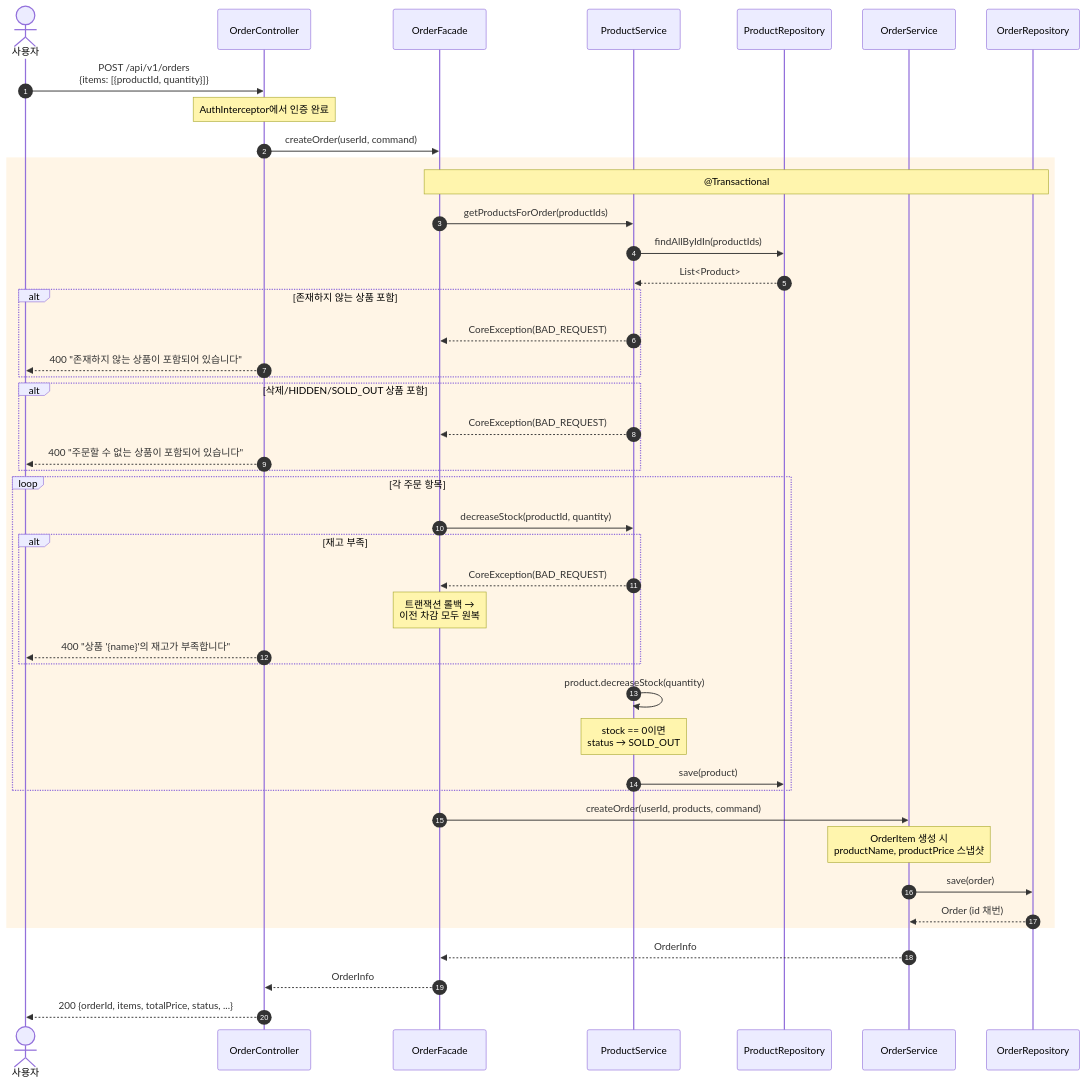
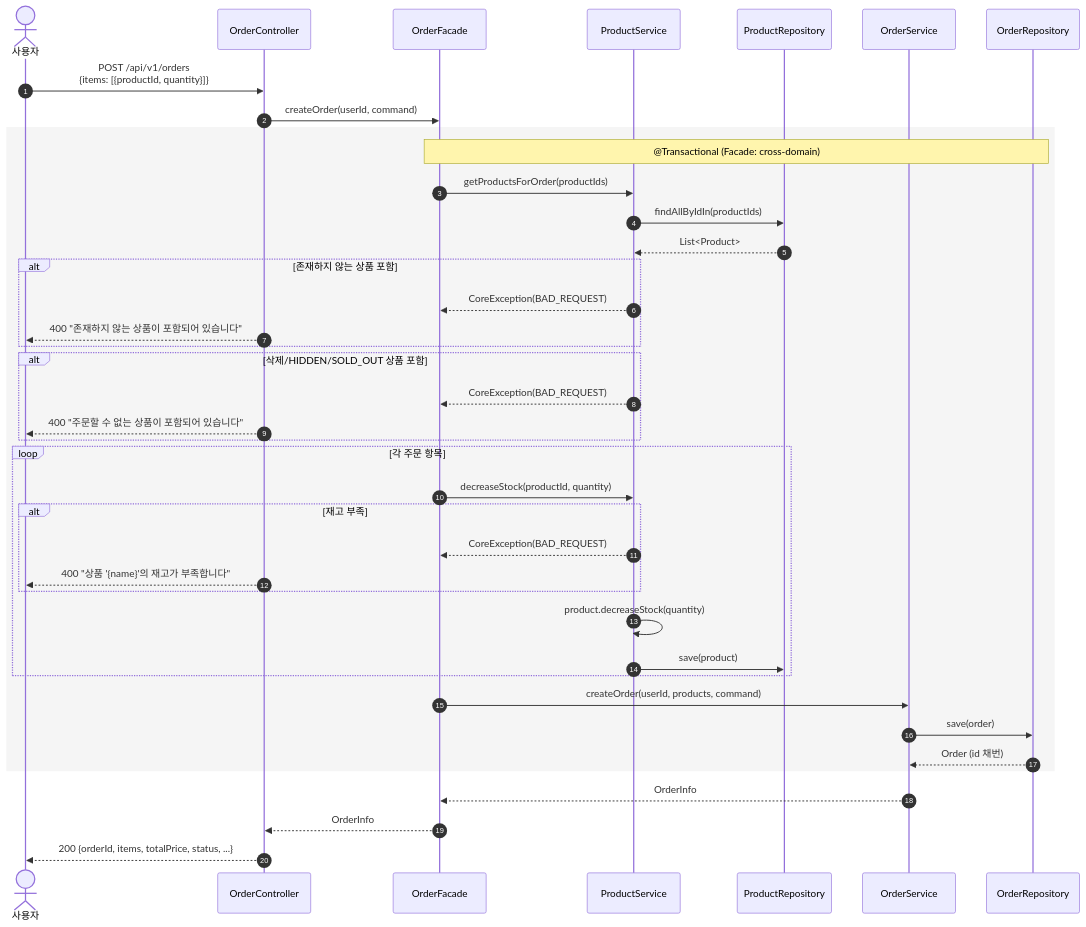
One commit to Loopers-dev-lab/loop-pack-be-l2-vol3-kotlin changed diagram 17 of 21 in docs/design/02-sequence-diagrams.md. Above: the diagram before and after it, drawn with Mermaid. The commit also changed other lines of this file and 5 other files, not shown here.

````diff
--- a/docs/design/02-sequence-diagrams.md
+++ b/docs/design/02-sequence-diagrams.md
@@ -614,57 +627,53 @@
 ```mermaid
 sequenceDiagram
     autonumber
     actor User as 사용자
     participant C as OrderController
     participant F as OrderFacade
     participant PS as ProductService
     participant PR as ProductRepository
     participant OS as OrderService
     participant OR as OrderRepository
     User ->> C: POST /api/v1/orders<br/>{items: [{productId, quantity}]}
-    Note over C: AuthInterceptor에서 인증 완료
     C ->> F: createOrder(userId, command)
 
-    rect rgb(255, 245, 230)
-        Note over F, OR: @Transactional
+    rect rgb(245, 245, 245)
+        Note over F, OR: @Transactional (Facade: cross-domain)
     %% 1단계: 상품 존재 + 판매 가능 상태 확인
         F ->> PS: getProductsForOrder(productIds)
         PS ->> PR: findAllByIdIn(productIds)
         PR -->> PS: List<Product>
 
         alt 존재하지 않는 상품 포함
             PS -->> F: CoreException(BAD_REQUEST)
             C -->> User: 400 "존재하지 않는 상품이 포함되어 있습니다"
         end
 
         alt 삭제/HIDDEN/SOLD_OUT 상품 포함
             PS -->> F: CoreException(BAD_REQUEST)
             C -->> User: 400 "주문할 수 없는 상품이 포함되어 있습니다"
         end
 
     %% 2단계: 재고 확인 + 차감
         loop 각 주문 항목
             F ->> PS: decreaseStock(productId, quantity)
 
             alt 재고 부족
                 PS -->> F: CoreException(BAD_REQUEST)
-                Note over F: 트랜잭션 롤백 →<br/>이전 차감 모두 원복
                 C -->> User: 400 "상품 '{name}'의 재고가 부족합니다"
             end
 
             PS ->> PS: product.decreaseStock(quantity)
-            Note over PS: stock == 0이면<br/>status → SOLD_OUT
             PS ->> PR: save(product)
         end
 
     %% 3단계: 주문 생성 + 스냅샷
         F ->> OS: createOrder(userId, products, command)
-        Note over OS: OrderItem 생성 시<br/>productName, productPrice 스냅샷
         OS ->> OR: save(order)
         OR -->> OS: Order (id 채번)
     end
 
     OS -->> F: OrderInfo
     F -->> C: OrderInfo
     C -->> User: 200 {orderId, items, totalPrice, status, ...}
 ```
````
